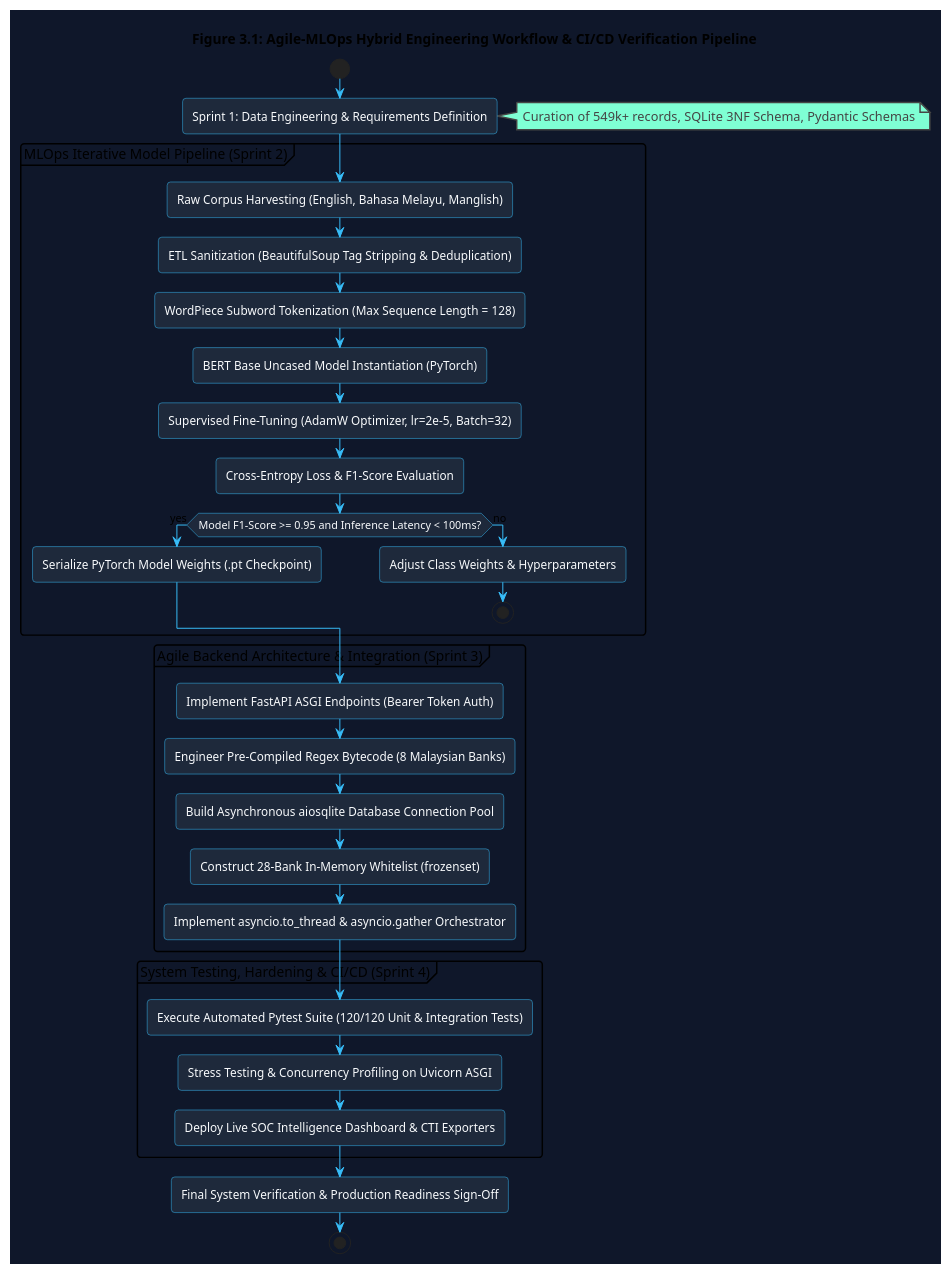
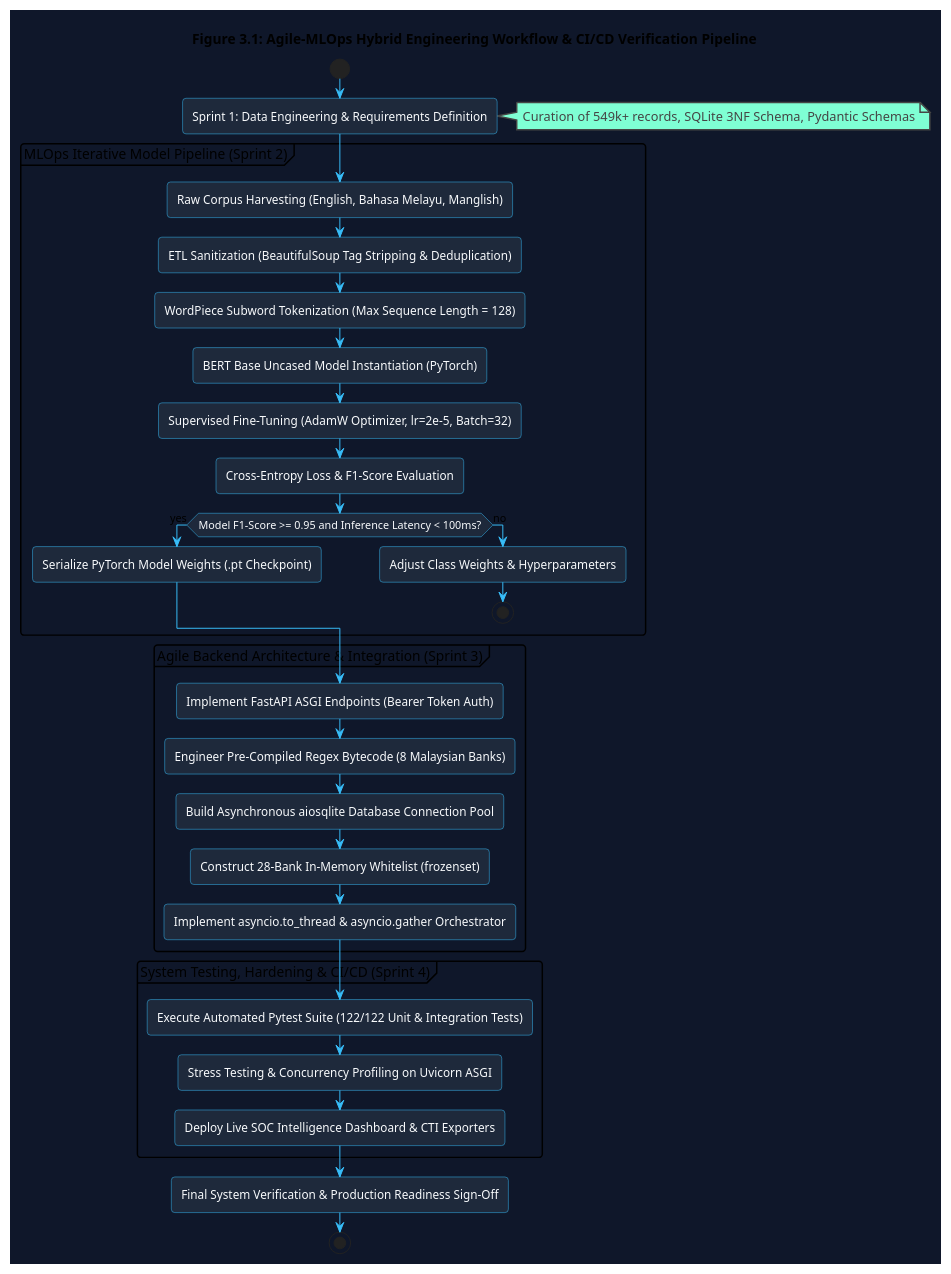
One commit to KunTheNoobie/PhishGuard-AI-Complete changed the first of 4 diagrams in report/diagrams/Chapter_3_Diagrams.puml. Above: the diagram before and after it, drawn with PlantUML. The commit also changed 15 other files, not shown here.

Commit message:
feat(p2): finalize project 2 dissertation, 122 CI/CD tests, dual API schemas, quishing forensics, and corroborated threat logic

```diff
--- a/report/diagrams/Chapter_3_Diagrams.puml
+++ b/report/diagrams/Chapter_3_Diagrams.puml
@@ -1,47 +1,47 @@
 @startuml Agile_MLOps_Detailed_Chapter_3
 !theme vibrant
 skinparam backgroundColor #0f172a
 skinparam ArrowColor #38bdf8
 skinparam ActivityBorderColor #38bdf8
 skinparam ActivityBackgroundColor #1e293b
 skinparam ActivityFontColor #f8fafc
 
 title Figure 3.1: Agile-MLOps Hybrid Engineering Workflow & CI/CD Verification Pipeline
 
 start
 :Sprint 1: Data Engineering & Requirements Definition;
 note right: Curation of 549k+ records, SQLite 3NF Schema, Pydantic Schemas
 
 partition "MLOps Iterative Model Pipeline (Sprint 2)" {
     :Raw Corpus Harvesting (English, Bahasa Melayu, Manglish);
     :ETL Sanitization (BeautifulSoup Tag Stripping & Deduplication);
     :WordPiece Subword Tokenization (Max Sequence Length = 128);
     :BERT Base Uncased Model Instantiation (PyTorch);
     :Supervised Fine-Tuning (AdamW Optimizer, lr=2e-5, Batch=32);
     :Cross-Entropy Loss & F1-Score Evaluation;
     if (Model F1-Score >= 0.95 and Inference Latency < 100ms?) then (yes)
         :Serialize PyTorch Model Weights (.pt Checkpoint);
     else (no)
         :Adjust Class Weights & Hyperparameters;
         stop
     endif
 }
 
 partition "Agile Backend Architecture & Integration (Sprint 3)" {
     :Implement FastAPI ASGI Endpoints (Bearer Token Auth);
     :Engineer Pre-Compiled Regex Bytecode (8 Malaysian Banks);
     :Build Asynchronous aiosqlite Database Connection Pool;
     :Construct 28-Bank In-Memory Whitelist (frozenset);
     :Implement asyncio.to_thread & asyncio.gather Orchestrator;
 }
 
 partition "System Testing, Hardening & CI/CD (Sprint 4)" {
-    :Execute Automated Pytest Suite (120/120 Unit & Integration Tests);
+    :Execute Automated Pytest Suite (122/122 Unit & Integration Tests);
     :Stress Testing & Concurrency Profiling on Uvicorn ASGI;
     :Deploy Live SOC Intelligence Dashboard & CTI Exporters;
 }
 
 :Final System Verification & Production Readiness Sign-Off;
 stop
 
 @enduml
```
